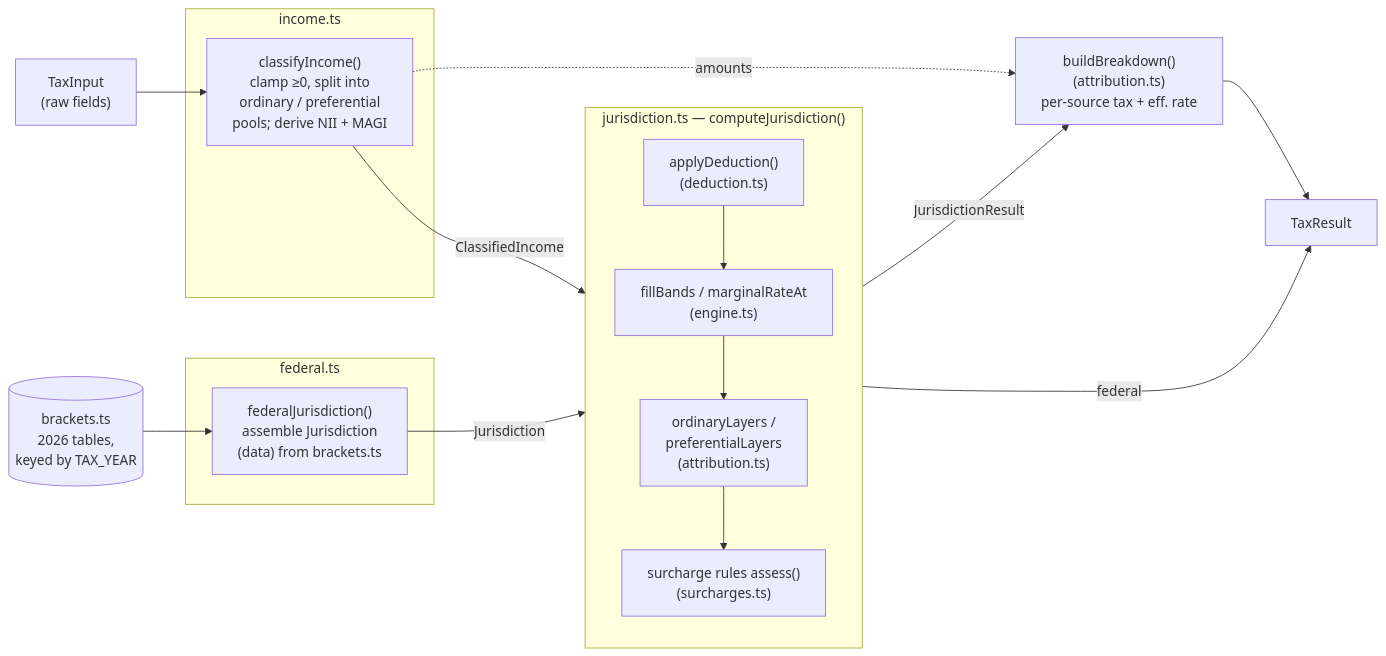
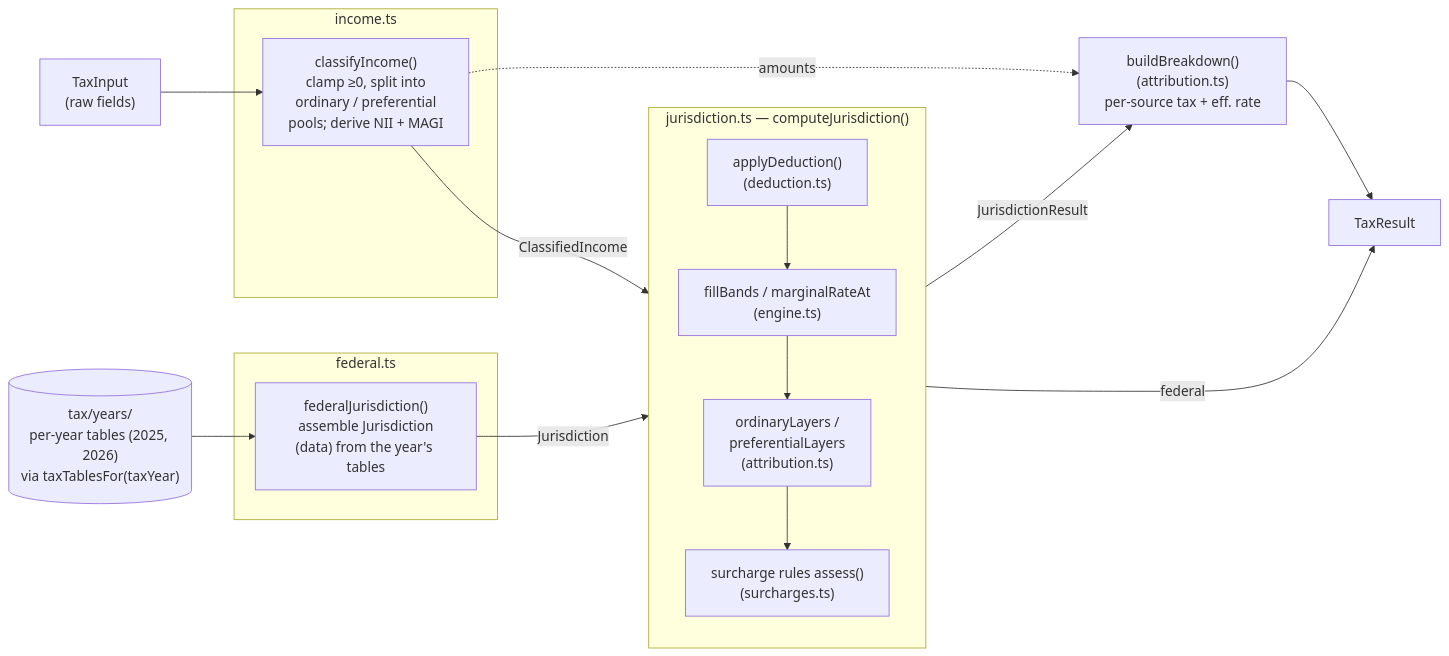
Before and after one commit to agrberg/tax-visualizer: the second of 2 diagrams in ARCHITECTURE.md, drawn with Mermaid. The commit also changed other lines of this file and 1 other file, not shown here.

First line of the commit message:
Update README and ARCHITECTURE for multi-year support

````diff
--- a/ARCHITECTURE.md
+++ b/ARCHITECTURE.md
@@ -69,34 +71,34 @@
 ```mermaid
 flowchart LR
     input["TaxInput<br/>(raw fields)"]
 
     subgraph classify["income.ts"]
         ci["classifyIncome()<br/>clamp ≥0, split into<br/>ordinary / preferential<br/>pools; derive NII + MAGI"]
     end
 
     subgraph build["federal.ts"]
-        fj["federalJurisdiction()<br/>assemble Jurisdiction<br/>(data) from brackets.ts"]
+        fj["federalJurisdiction()<br/>assemble Jurisdiction<br/>(data) from the year's tables"]
     end
 
     subgraph compute["jurisdiction.ts — computeJurisdiction()"]
         ded["applyDeduction()<br/>(deduction.ts)"]
         fill["fillBands / marginalRateAt<br/>(engine.ts)"]
         layer["ordinaryLayers /<br/>preferentialLayers<br/>(attribution.ts)"]
         surch["surcharge rules assess()<br/>(surcharges.ts)"]
     end
 
     attr["buildBreakdown()<br/>(attribution.ts)<br/>per-source tax + eff. rate"]
     result["TaxResult"]
 
-    tables[("brackets.ts<br/>2026 tables,<br/>keyed by TAX_YEAR")]
+    tables[("tax/years/<br/>per-year tables (2025, 2026)<br/>via taxTablesFor(taxYear)")]
 
     input --> ci
     ci -->|ClassifiedIncome| compute
     tables --> fj
     fj -->|Jurisdiction| compute
     ded --> fill --> layer --> surch
     compute -->|JurisdictionResult| attr
     ci -.->|amounts| attr
     attr --> result
     compute -->|federal| result
 ```
````
